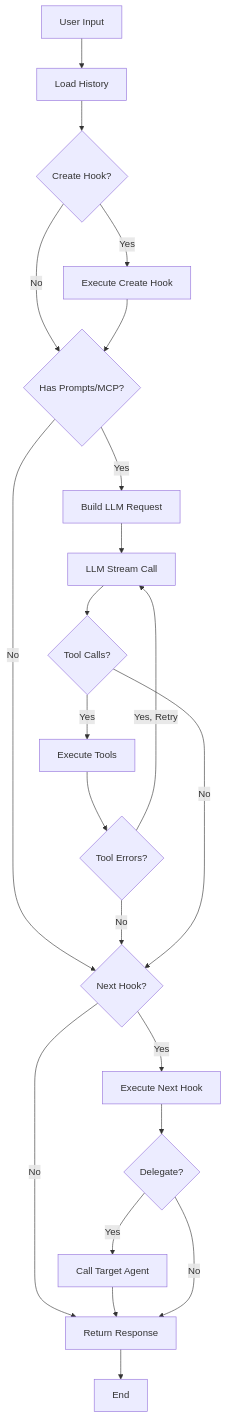
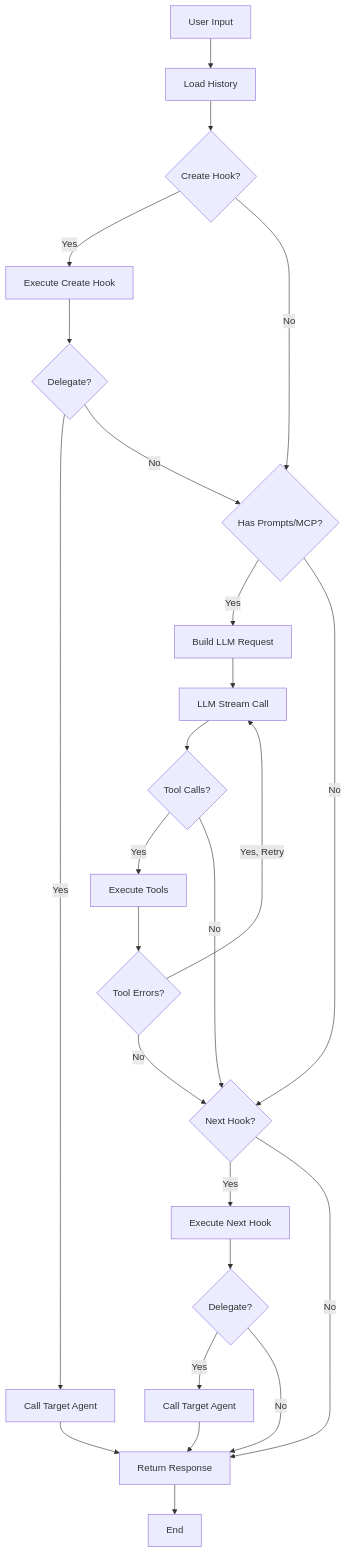
One commit to YaoApp/yao-dev-app changed the diagram in ai-docs/hooks-reference.md. Above: the diagram before and after it, drawn with Mermaid. The commit also changed other lines of this file, not shown here.

````diff
--- a/ai-docs/hooks-reference.md
+++ b/ai-docs/hooks-reference.md
@@ -13,25 +13,28 @@
 ```mermaid
 flowchart TD
     A[User Input] --> B[Load History]
     B --> C{Create Hook?}
     C -->|Yes| D[Execute Create Hook]
     C -->|No| E{Has Prompts/MCP?}
-    D --> E
+    D --> D1{Delegate?}
+    D1 -->|Yes| D2[Call Target Agent]
+    D2 --> M
+    D1 -->|No| E
     E -->|Yes| F[Build LLM Request]
     E -->|No| K
     F --> G[LLM Stream Call]
     G --> H{Tool Calls?}
     H -->|Yes| I[Execute Tools]
     I --> J{Tool Errors?}
     J -->|Yes, Retry| G
     J -->|No| K
     H -->|No| K
     K{Next Hook?}
     K -->|Yes| L[Execute Next Hook]
     K -->|No| M[Return Response]
     L --> N{Delegate?}
     N -->|Yes| O[Call Target Agent]
     O --> M
     N -->|No| M
     M --> P[End]
 ```
````
